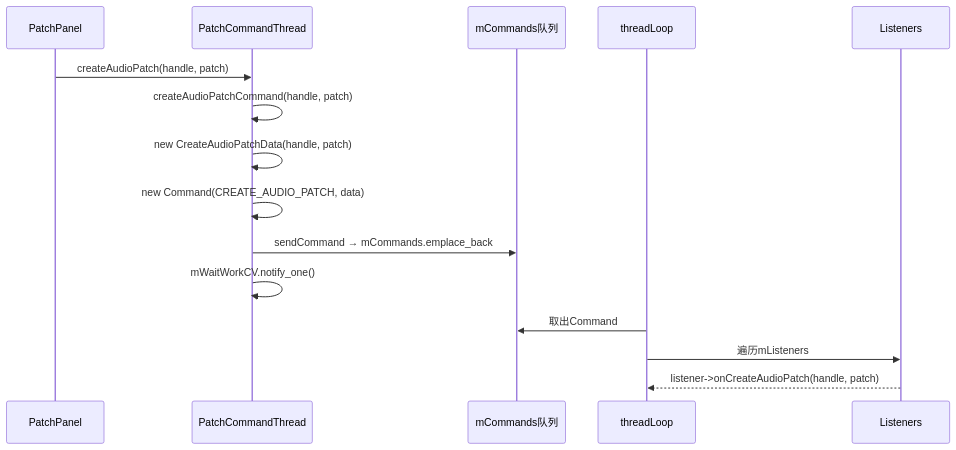
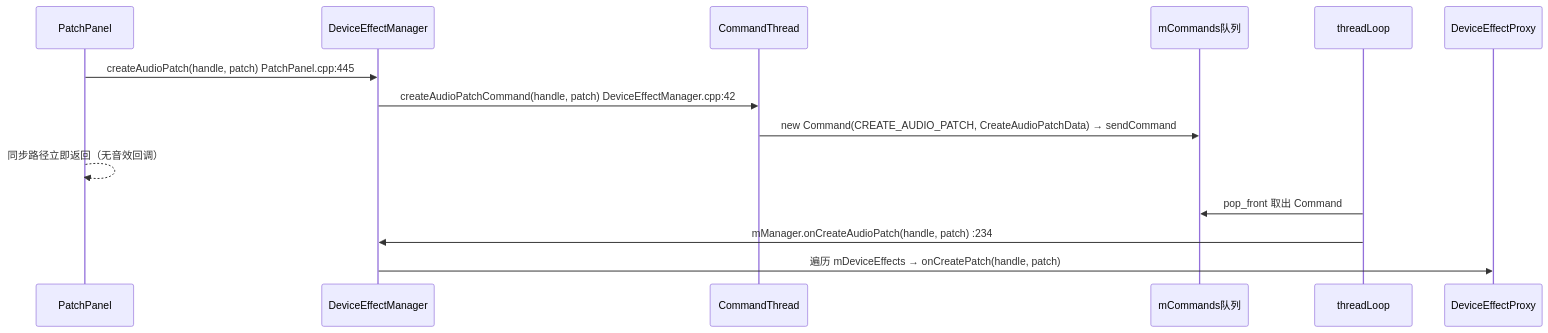
One commit to yanglinzhen1022/SA8295_AAOS_QNX_Audio_KnowledgeBase changed the second of 4 diagrams in 05_AudioFlinger/05_5.15_PatchCommandThread-Patch异步命令线程.md. Above: the diagram before and after it, drawn with Mermaid. The commit also changed other lines of this file and 12 other files, not shown here.

````diff
--- a/05_AudioFlinger/05_5.15_PatchCommandThread-Patch异步命令线程.md
+++ b/05_AudioFlinger/05_5.15_PatchCommandThread-Patch异步命令线程.md
@@ -153,19 +132,18 @@
 ```mermaid
 sequenceDiagram
     participant PP as PatchPanel
-    participant PCT as PatchCommandThread
+    participant DEM as DeviceEffectManager
+    participant CT as CommandThread
     participant Q as mCommands队列
     participant TL as threadLoop
-    participant L as Listeners
+    participant DEP as DeviceEffectProxy
 
-    PP->>PCT: createAudioPatch(handle, patch)
-    PCT->>PCT: createAudioPatchCommand(handle, patch)
-    PCT->>PCT: new CreateAudioPatchData(handle, patch)
-    PCT->>PCT: new Command(CREATE_AUDIO_PATCH, data)
-    PCT->>Q: sendCommand → mCommands.emplace_back
-    PCT->>PCT: mWaitWorkCV.notify_one()
-    
-    TL->>Q: 取出Command
-    TL->>L: 遍历mListeners
-    L-->>TL: listener->onCreateAudioPatch(handle, patch)
+    PP->>DEM: createAudioPatch(handle, patch)  PatchPanel.cpp:445
+    DEM->>CT: createAudioPatchCommand(handle, patch)  DeviceEffectManager.cpp:42
+    CT->>Q: new Command(CREATE_AUDIO_PATCH, CreateAudioPatchData) → sendCommand
+    PP-->>PP: 同步路径立即返回（无音效回调）
+
+    TL->>Q: pop_front 取出 Command
+    TL->>DEM: mManager.onCreateAudioPatch(handle, patch)  :234
+    DEM->>DEP: 遍历 mDeviceEffects → onCreatePatch(handle, patch)
 ```
````
